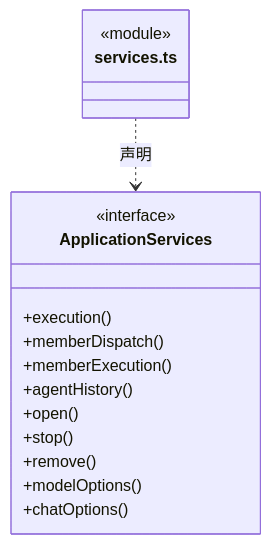
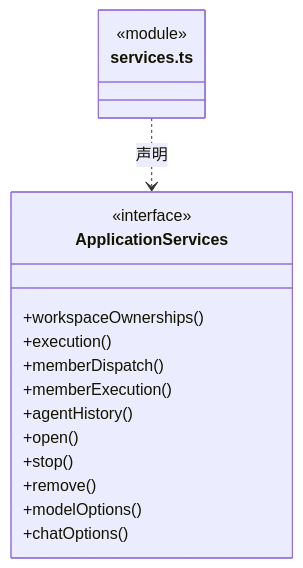
The third of 4 diagrams in src/backend/main/ipc/ARCHITECTURE.md (nan023062/cbim), drawn with Mermaid before and after one commit. The commit also changed other lines of this file and 77 other files, not shown here.

````diff
--- a/src/backend/main/ipc/ARCHITECTURE.md
+++ b/src/backend/main/ipc/ARCHITECTURE.md
@@ -63,19 +63,20 @@
 ```mermaid
 classDiagram
 class N_src_backend_main_ipc_services_ts["services.ts"] {
   <<module>>
 }
 class N_src_backend_main_ipc_services_ts_ApplicationServices["ApplicationServices"] {
   <<interface>>
+  +workspaceOwnerships()
   +execution()
   +memberDispatch()
   +memberExecution()
   +agentHistory()
   +open()
   +stop()
   +remove()
   +modelOptions()
   +chatOptions()
 }
 N_src_backend_main_ipc_services_ts ..> N_src_backend_main_ipc_services_ts_ApplicationServices : 声明
 ```
````
